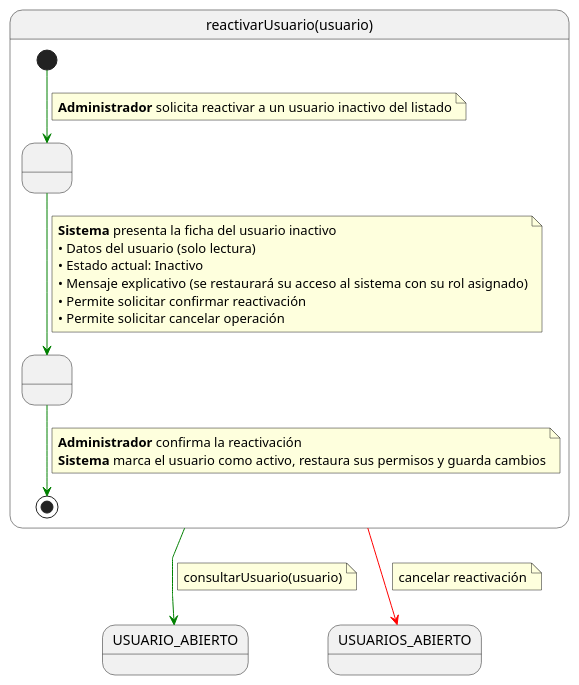
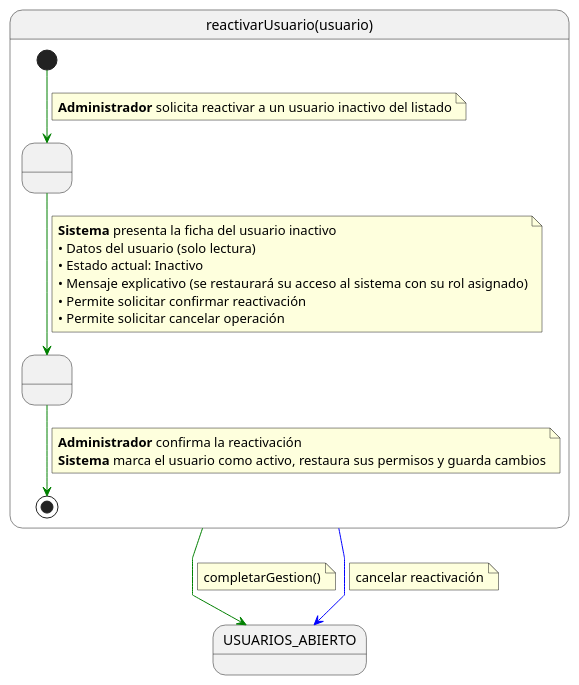
One commit to aeRomeroz/pyTicketing changed the diagram in UML/00-requisitos/01-actores-casosDeUso/01-casosDeUso/Administrador/reactivarUsuario.puml. Above: the diagram before and after it, drawn with PlantUML. The commit also changed 16 other files, not shown here.

Commit message:
refactor(uml): cambiar lineas de cancelacion a azul y aplicar completarGestion()

```diff
--- a/UML/00-requisitos/01-actores-casosDeUso/01-casosDeUso/Administrador/reactivarUsuario.puml
+++ b/UML/00-requisitos/01-actores-casosDeUso/01-casosDeUso/Administrador/reactivarUsuario.puml
@@ -1,42 +1,42 @@
 @startuml CU27_ReactivarUsuario
 
 skinparam linetype polyline
 
 state reactivarUsuario as "reactivarUsuario(usuario)" {
 
     state " " as SolicitandoConfirmacion
     state " " as ReactivandoUsuario
 
     [*] -[#green]-> SolicitandoConfirmacion
     note on link
     <b>Administrador</b> solicita reactivar a un usuario inactivo del listado
     end note
 
     SolicitandoConfirmacion -[#green]-> ReactivandoUsuario
     note on link
     <b>Sistema</b> presenta la ficha del usuario inactivo
     • Datos del usuario (solo lectura)
     • Estado actual: Inactivo
     • Mensaje explicativo (se restaurará su acceso al sistema con su rol asignado)
     • Permite solicitar confirmar reactivación
     • Permite solicitar cancelar operación
     end note
 
     ReactivandoUsuario -[#green]-> [*]
     note on link
     <b>Administrador</b> confirma la reactivación
     <b>Sistema</b> marca el usuario como activo, restaura sus permisos y guarda cambios
     end note
 }
 
-reactivarUsuario -[#green]-> USUARIO_ABIERTO
+reactivarUsuario -[#green]-> USUARIOS_ABIERTO
 note on link
-consultarUsuario(usuario)
+completarGestion()
 end note
 
-reactivarUsuario -[#red]-> USUARIOS_ABIERTO
+reactivarUsuario -[#blue]-> USUARIOS_ABIERTO
 note on link
 cancelar reactivación
 end note
 
 @enduml
```
